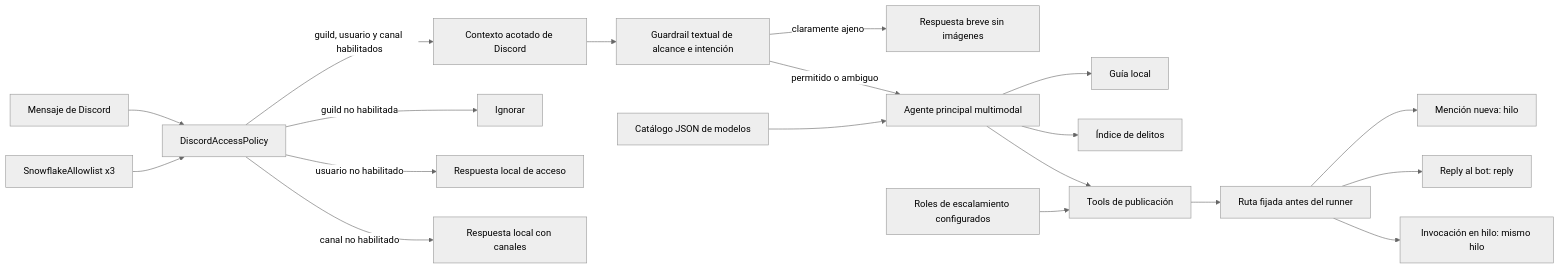
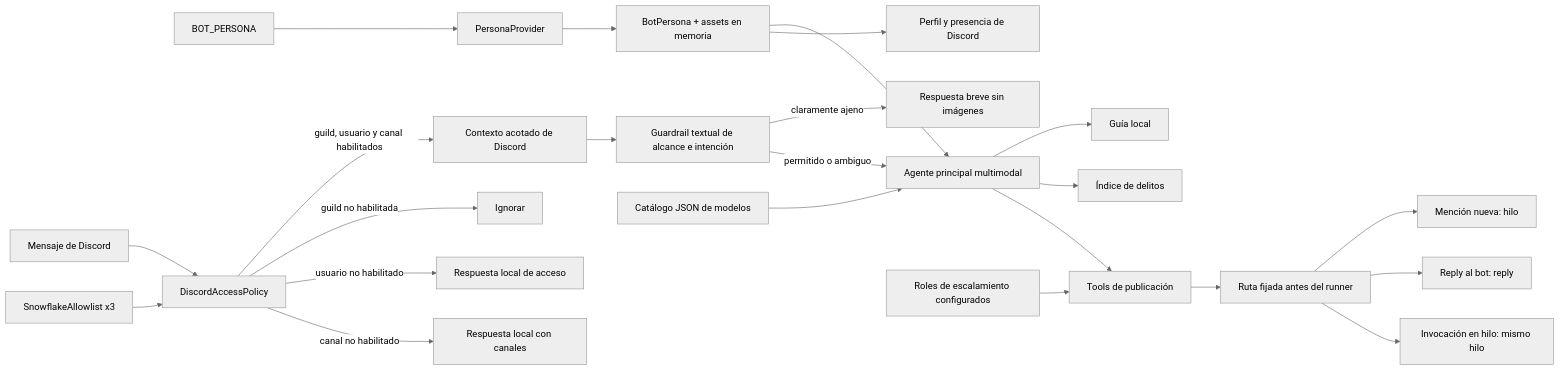
One commit to SouthViking/arrest-report-agent changed the diagram in docs/ARCHITECTURE.md. Above: the diagram before and after it, drawn with Mermaid (neutral theme). The commit also changed other lines of this file and 4 other files, not shown here.

````diff
--- a/docs/ARCHITECTURE.md
+++ b/docs/ARCHITECTURE.md
@@ -5,21 +5,25 @@
 ```mermaid
 flowchart LR
+    V["BOT_PERSONA"] --> B["PersonaProvider"]
+    B --> Q["BotPersona + assets en memoria"]
+    Q --> R
+    Q --> Y["Perfil y presencia de Discord"]
     M["Mensaje de Discord"] --> T["DiscordAccessPolicy"]
     A["SnowflakeAllowlist x3"] --> T
     T -->|"guild, usuario y canal habilitados"| C["Contexto acotado de Discord"]
     T -->|"guild no habilitada"| I["Ignorar"]
     T -->|"usuario no habilitado"| U["Respuesta local de acceso"]
     T -->|"canal no habilitado"| W["Respuesta local con canales"]
     C --> S["Guardrail textual de alcance e intención"]
     S -->|"claramente ajeno"| O["Respuesta breve sin imágenes"]
     S -->|"permitido o ambiguo"| R["Agente principal multimodal"]
     J["Catálogo JSON de modelos"] --> R
     R --> G["Guía local"]
     R --> D["Índice de delitos"]
     R --> P["Tools de publicación"]
     E["Roles de escalamiento configurados"] --> P
     P --> X["Ruta fijada antes del runner"]
     X --> H["Mención nueva: hilo"]
     X --> N["Reply al bot: reply"]
     X --> F["Invocación en hilo: mismo hilo"]
 ```
````
